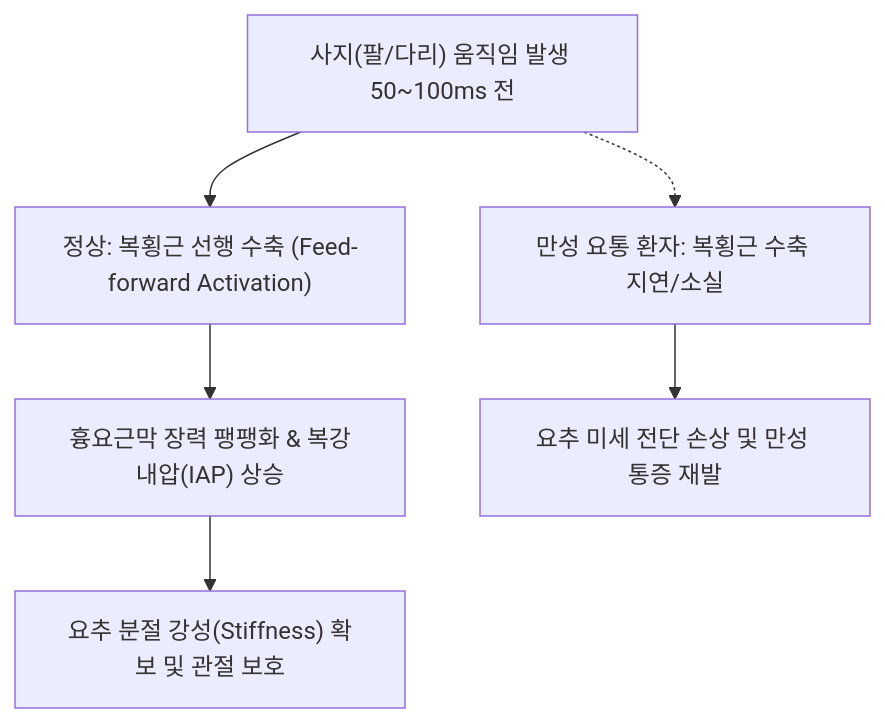
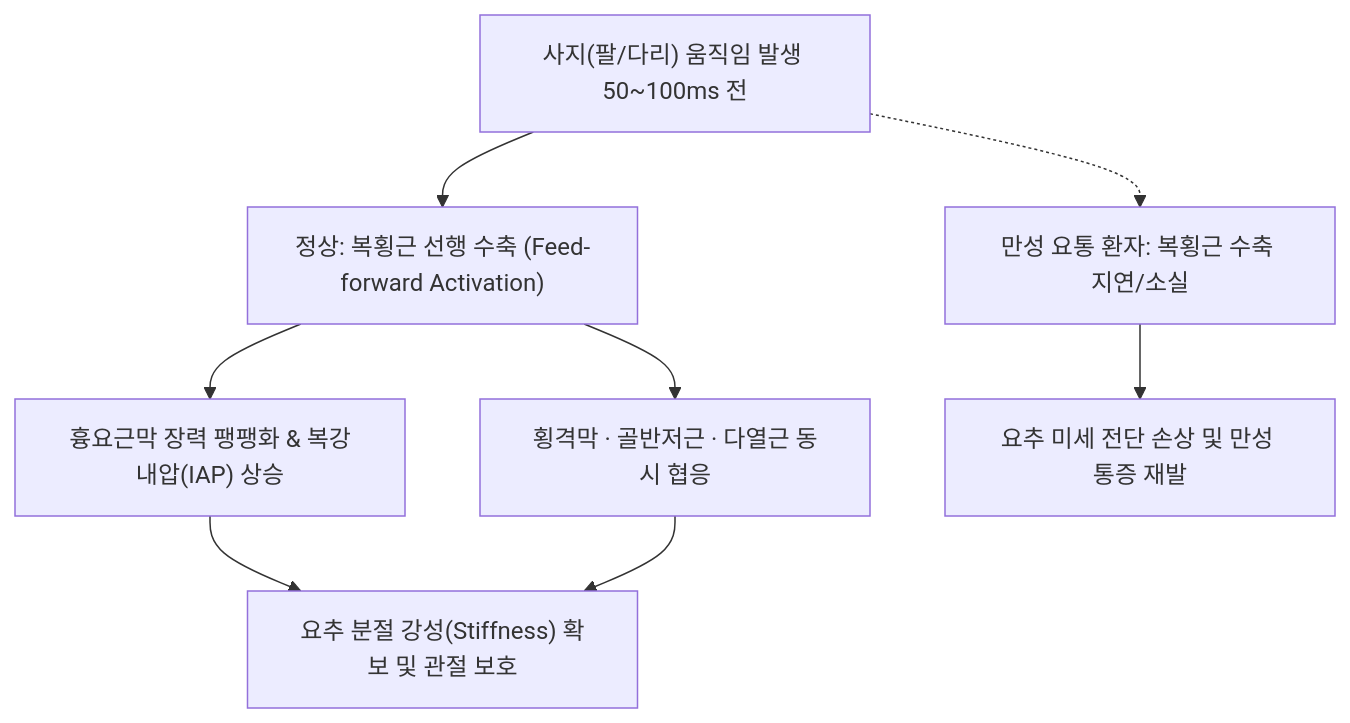
One commit to simbio11/simbio-digital-garden2 changed the diagram in content/1. 근골격계 공부/근육/(9) 요부/복횡근.md. Above: the diagram before and after it, drawn with Mermaid. The commit also changed other lines of this file and 149 other files, not shown here.

````diff
--- a/content/1. 근골격계 공부/근육/(9) 요부/복횡근.md
+++ b/content/1. 근골격계 공부/근육/(9) 요부/복횡근.md
@@ -48,8 +50,9 @@
 ```mermaid
 graph TD
     LimbMovement["사지(팔/다리) 움직임 발생 50~100ms 전"] --> FeedForward["정상: 복횡근 선행 수축 (Feed-forward Activation)"]
     FeedForward --> TLFTension["흉요근막 장력 팽팽화 & 복강내압(IAP) 상승"]
-    TLFTension --> SegmentalStability["요추 분절 강성(Stiffness) 확보 및 관절 보호"]
+    FeedForward --> CylinderCoupling["횡격막 · 골반저근 · 다열근 동시 협응"]
+    TLFTension & CylinderCoupling --> SegmentalStability["요추 분절 강성(Stiffness) 확보 및 관절 보호"]
     LimbMovement -.-> LBPPatient["만성 요통 환자: 복횡근 수축 지연/소실"]
     LBPPatient --> SpineShear["요추 미세 전단 손상 및 만성 통증 재발"]
 ```
````
